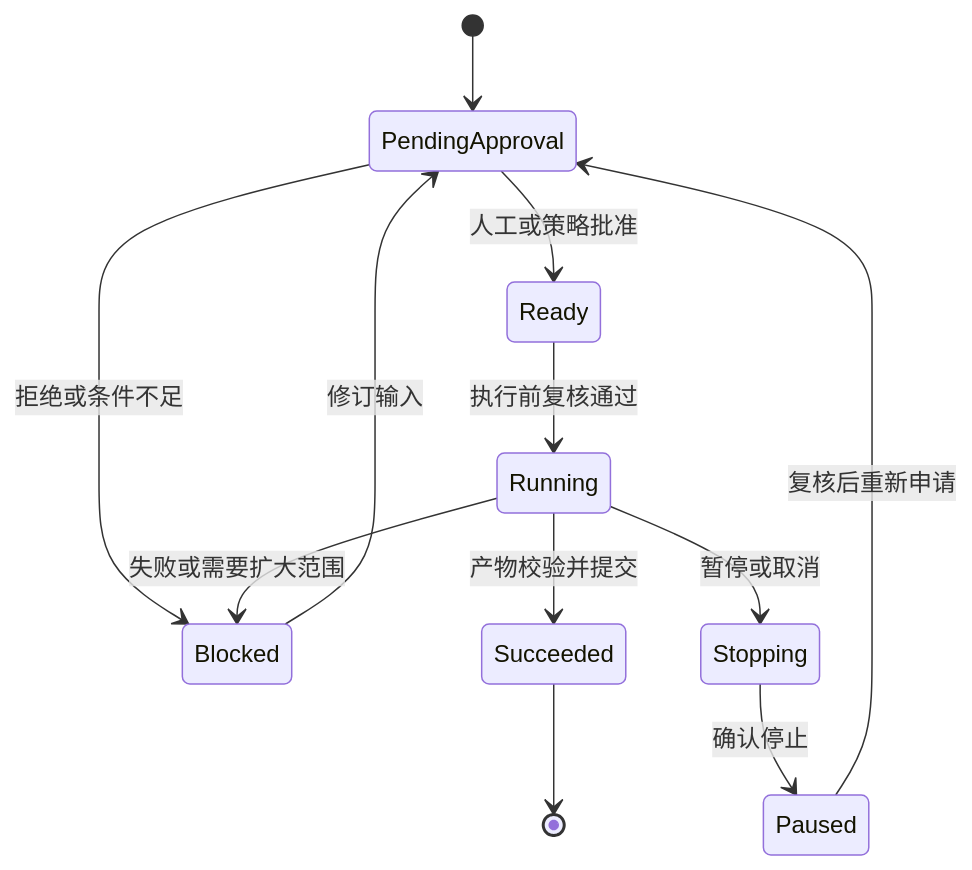
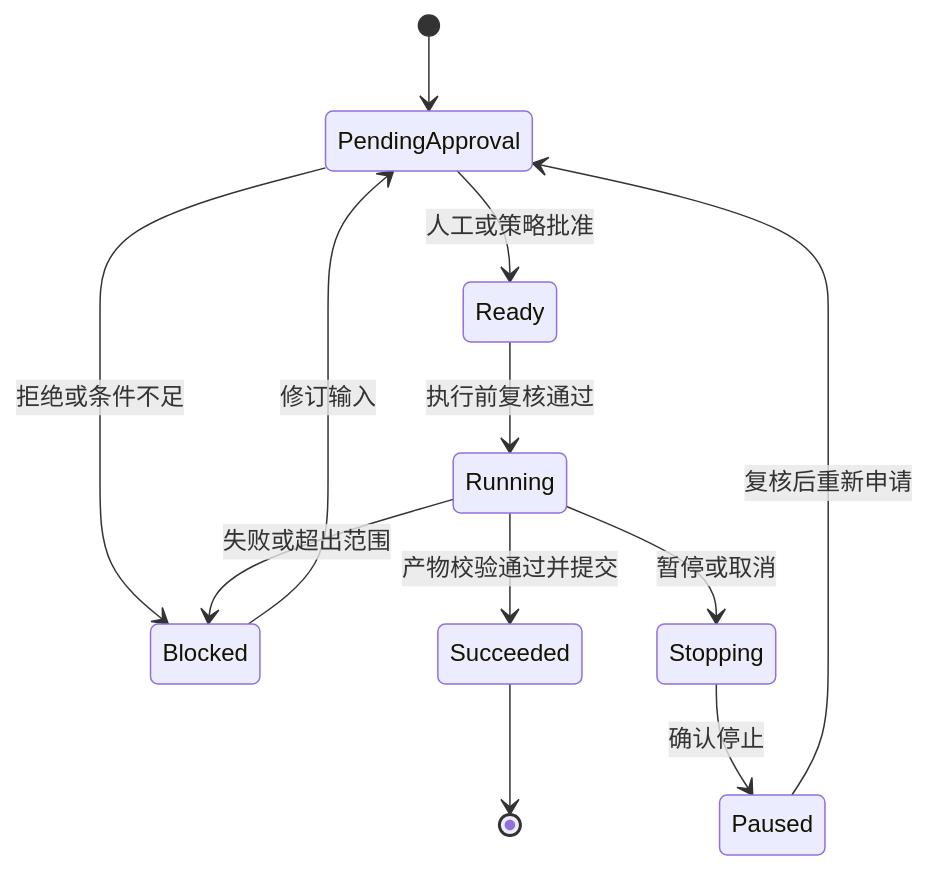
The second of 3 diagrams in docs/technical-design.md (kiraYuukiAsuna/AgentOwl), drawn with Mermaid before and after one commit. The commit also changed other lines of this file and 34 other files, not shown here.

````diff
--- a/docs/technical-design.md
+++ b/docs/technical-design.md
@@ -316,14 +274,14 @@
 ```mermaid
 stateDiagram-v2
     [*] --> PendingApproval
     PendingApproval --> Ready: 人工或策略批准
     PendingApproval --> Blocked: 拒绝或条件不足
     Ready --> Running: 执行前复核通过
-    Running --> Succeeded: 产物校验并提交
-    Running --> Blocked: 失败或需要扩大范围
+    Running --> Succeeded: 产物校验通过并提交
+    Running --> Blocked: 失败或超出范围
     Running --> Stopping: 暂停或取消
     Stopping --> Paused: 确认停止
     Paused --> PendingApproval: 复核后重新申请
     Blocked --> PendingApproval: 修订输入
     Succeeded --> [*]
 ```
````
